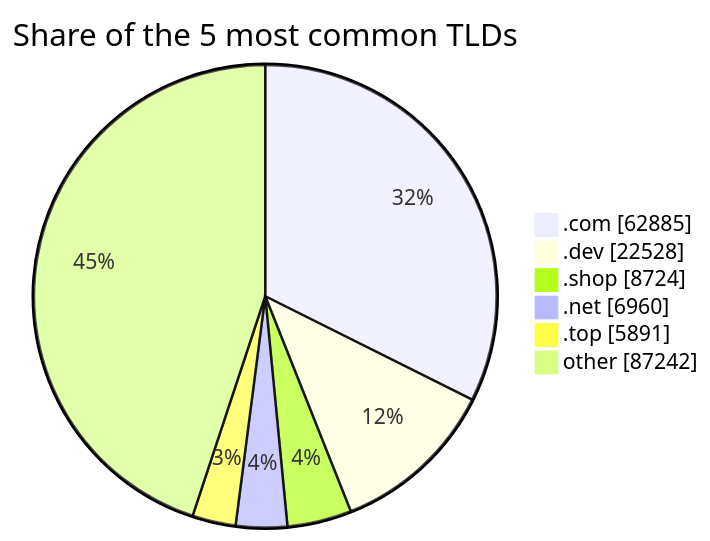
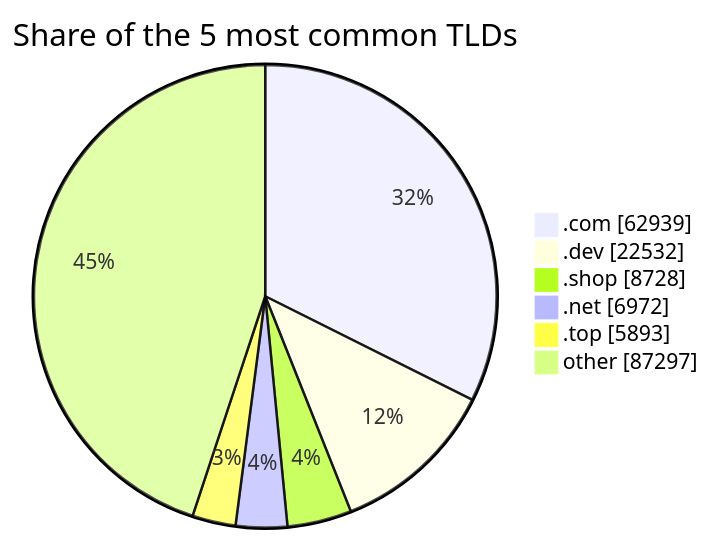
The third of 3 diagrams in README.md (DNSBunker/CTI), drawn with Mermaid before and after one commit. The commit also changed other lines of this file and 3 other files, not shown here.

````diff
--- a/README.md
+++ b/README.md
@@ -81,9 +81,9 @@
 ```mermaid
 pie showData title Share of the 5 most common TLDs
-    ".com" : 62885
-    ".dev" : 22528
-    ".shop" : 8724
-    ".net" : 6960
-    ".top" : 5891
-    "other" : 87242
+    ".com" : 62939
+    ".dev" : 22532
+    ".shop" : 8728
+    ".net" : 6972
+    ".top" : 5893
+    "other" : 87297
 ```
````
